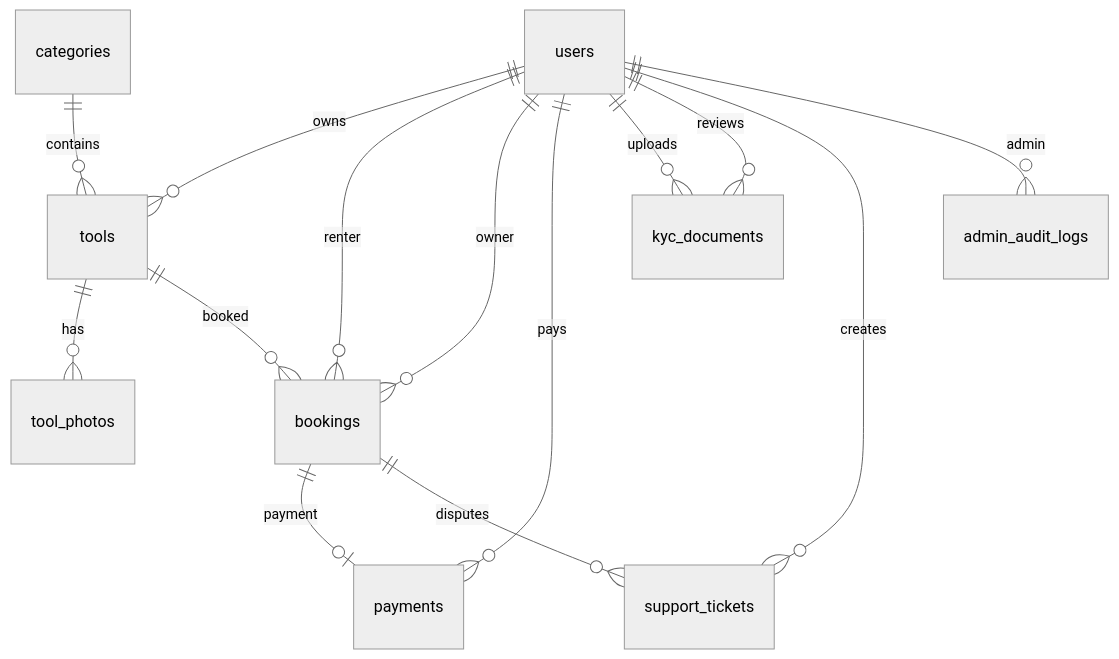
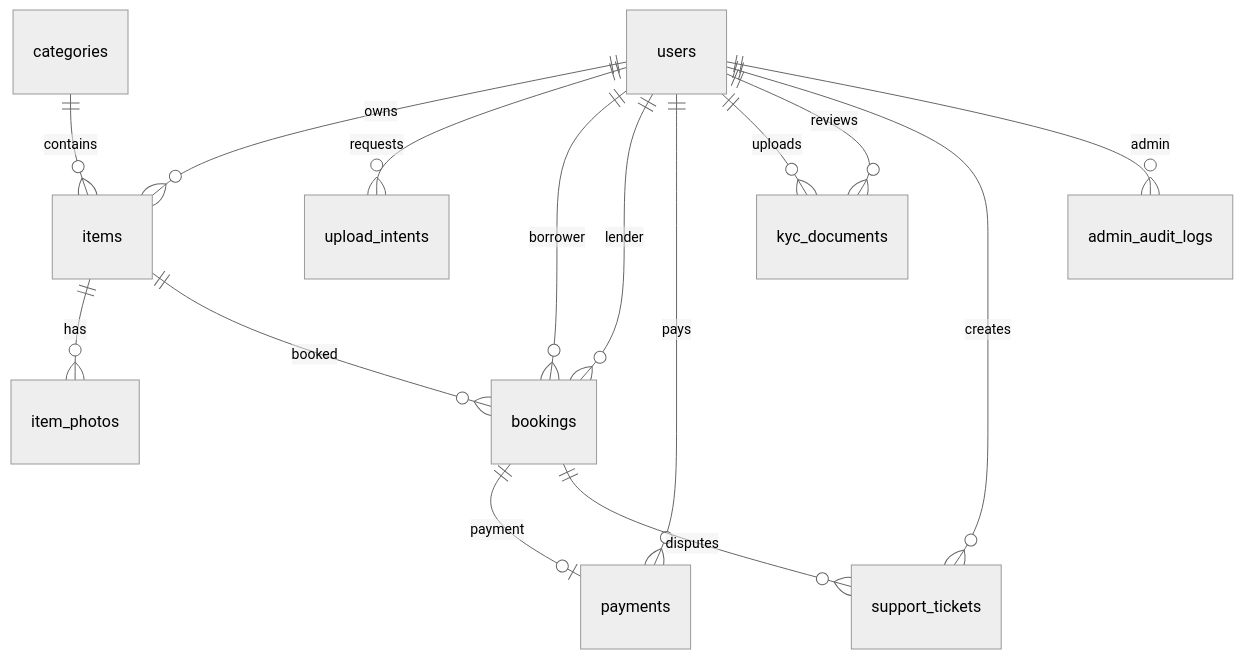
Before and after one commit to ivann1302/sosedi-app: the diagram in docs/database-schema.md, drawn with Mermaid (neutral theme). The commit also changed other lines of this file and 547 other files, not shown here.

````diff
--- a/docs/database-schema.md
+++ b/docs/database-schema.md
@@ -220,16 +313,17 @@
 ```mermaid
 erDiagram
-  users ||--o{ tools : owns
-  categories ||--o{ tools : contains
-  tools ||--o{ tool_photos : has
-  tools ||--o{ bookings : booked
-  users ||--o{ bookings : renter
-  users ||--o{ bookings : owner
+  users ||--o{ items : owns
+  categories ||--o{ items : contains
+  items ||--o{ item_photos : has
+  users ||--o{ upload_intents : requests
+  items ||--o{ bookings : booked
+  users ||--o{ bookings : borrower
+  users ||--o{ bookings : lender
   bookings ||--o| payments : payment
   users ||--o{ payments : pays
   users ||--o{ kyc_documents : uploads
   users ||--o{ kyc_documents : reviews
   users ||--o{ support_tickets : creates
   bookings ||--o{ support_tickets : disputes
   users ||--o{ admin_audit_logs : admin
 ```
````
